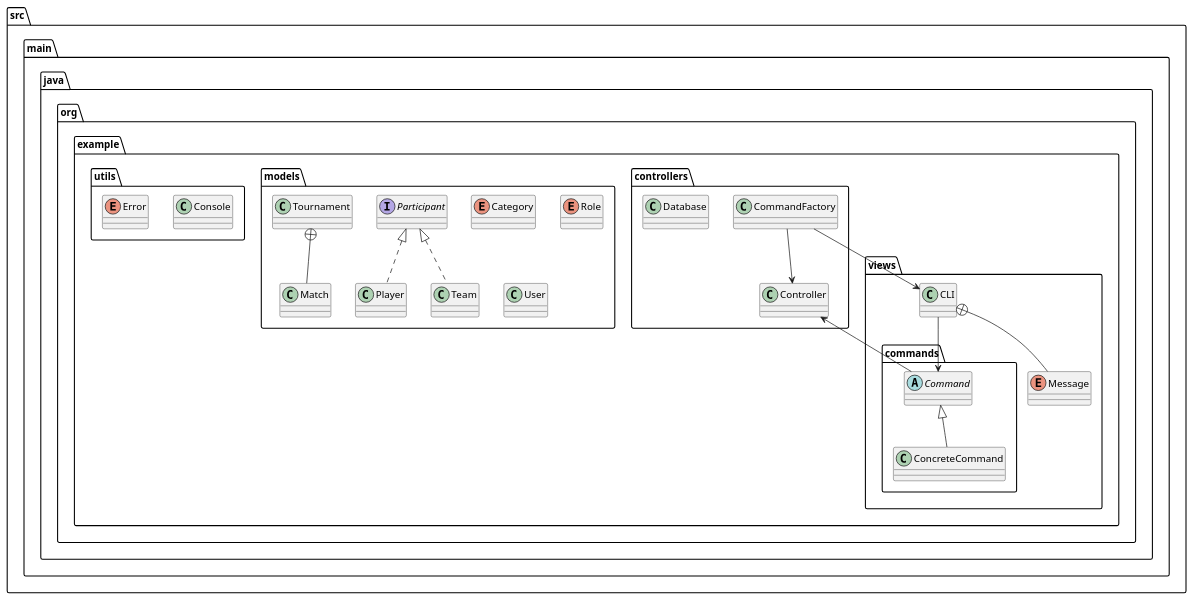
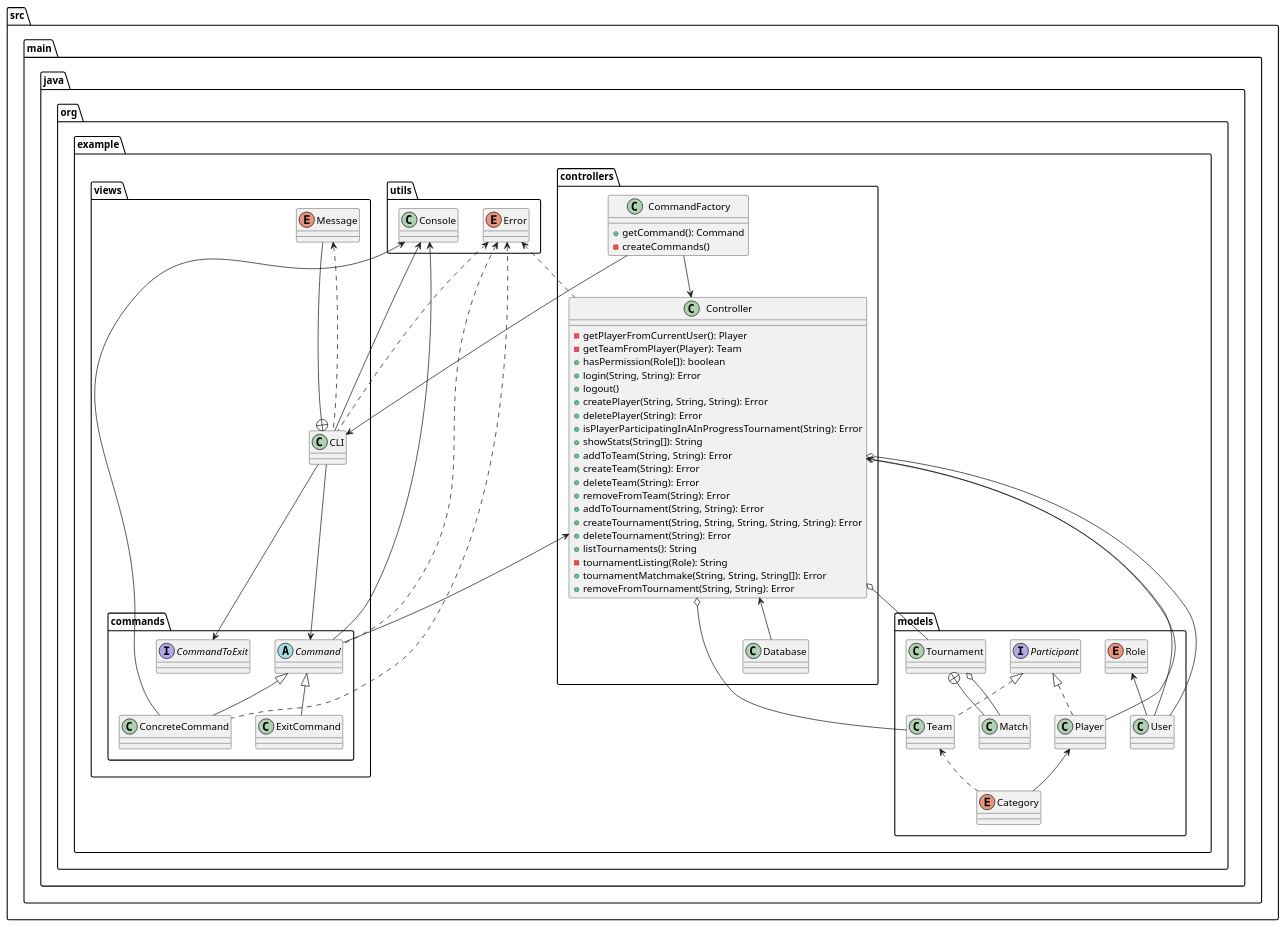
The diagram in diagram.puml (kareiku/poo-practica), drawn with PlantUML before and after one commit.

```diff
--- a/diagram.puml
+++ b/diagram.puml
@@ -1,44 +1,92 @@
 @startuml
 
 package src.main.java.org.example {
     package controllers {
-        class CommandFactory
-        class Controller
+        class CommandFactory {
+            +getCommand(): Command
+            -createCommands()
+        }
+        class Controller {
+            -getPlayerFromCurrentUser(): Player
+            -getTeamFromPlayer(Player): Team
+            +hasPermission(Role[]): boolean
+            +login(String, String): Error
+            +logout()
+            +createPlayer(String, String, String): Error
+            +deletePlayer(String): Error
+            +isPlayerParticipatingInAInProgressTournament(String): Error
+            +showStats(String[]): String
+            +addToTeam(String, String): Error
+            +createTeam(String): Error
+            +deleteTeam(String): Error
+            +removeFromTeam(String): Error
+            +addToTournament(String, String): Error
+            +createTournament(String, String, String, String, String): Error
+            +deleteTournament(String): Error
+            +listTournaments(): String
+            -tournamentListing(Role): String
+            +tournamentMatchmake(String, String, String[]): Error
+            +removeFromTournament(String, String): Error
+        }
         class Database
     }
 
     package models {
         enum Category
         interface Participant
         class Player implements Participant
         enum Role
         class Team implements Participant
         class Tournament
         class Match
         class User
     }
 
     package utils {
         class Console
         enum Error
     }
 
     package views {
         package commands {
             abstract Command
+            interface CommandToExit
             class ConcreteCommand extends Command
+            class ExitCommand extends Command
         }
         class CLI
         enum Message
     }
 }
 
-Tournament +-- Match
-CLI +-- Message
-
 CommandFactory --> CLI
 CommandFactory --> Controller
 CLI --> Command
 Command --> Controller
 
+Console <-- CLI
+Console <-- Command
+Console <-- ConcreteCommand
+
+Tournament +-- Match
+Tournament o-- Match
+Message --+ CLI
+Message <.. CLI
+CommandToExit <-- CLI
+Role <-- User
+Team <.. Category
+Player <-- Category
+
+Error <.. Command
+Error <.. ConcreteCommand
+Error <.. Controller
+Error <.. CLI
+
+Controller <-- User
+Controller o-- Player
+Controller o-- Team
+Controller o-- Tournament
+Controller o-- User
+Controller <-- Database
+
 @enduml
```
